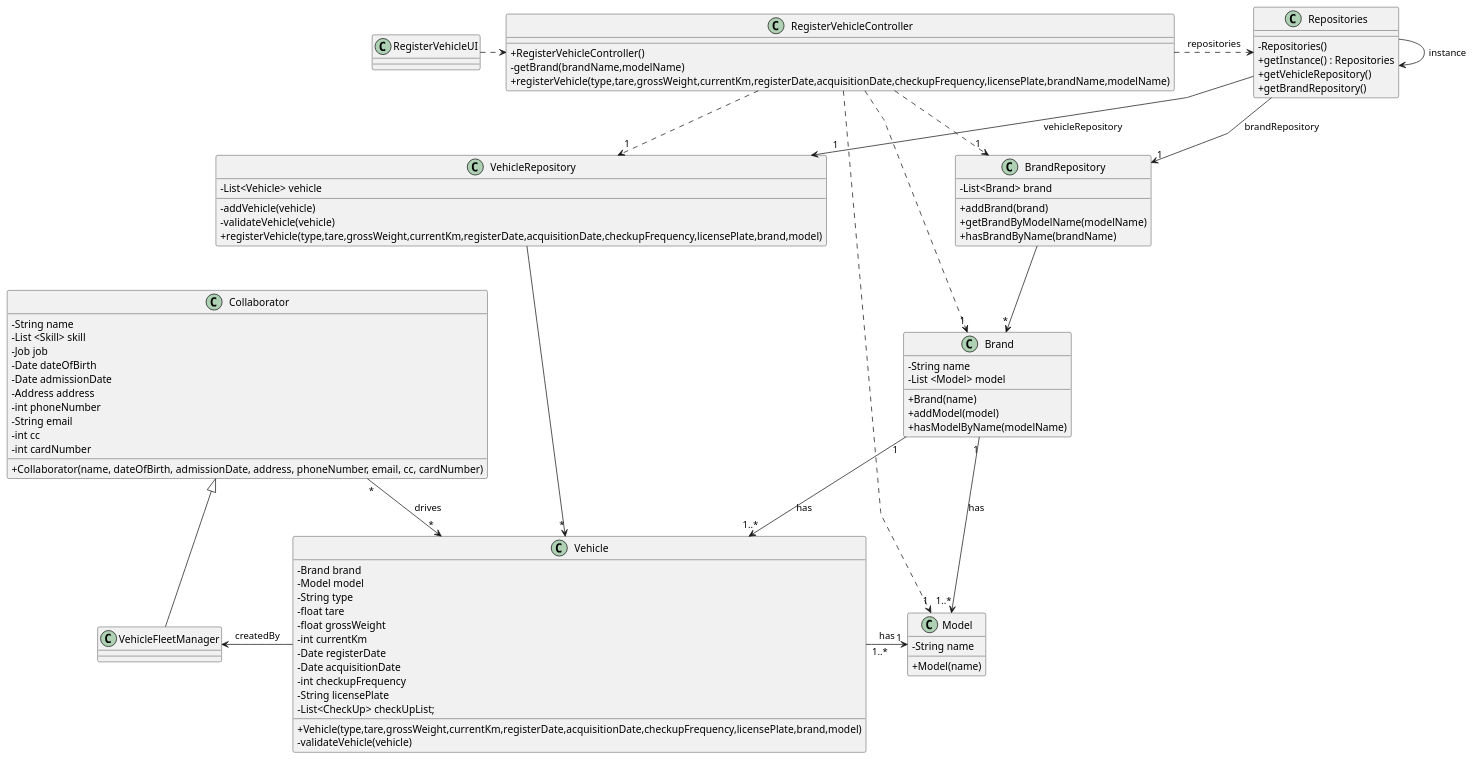
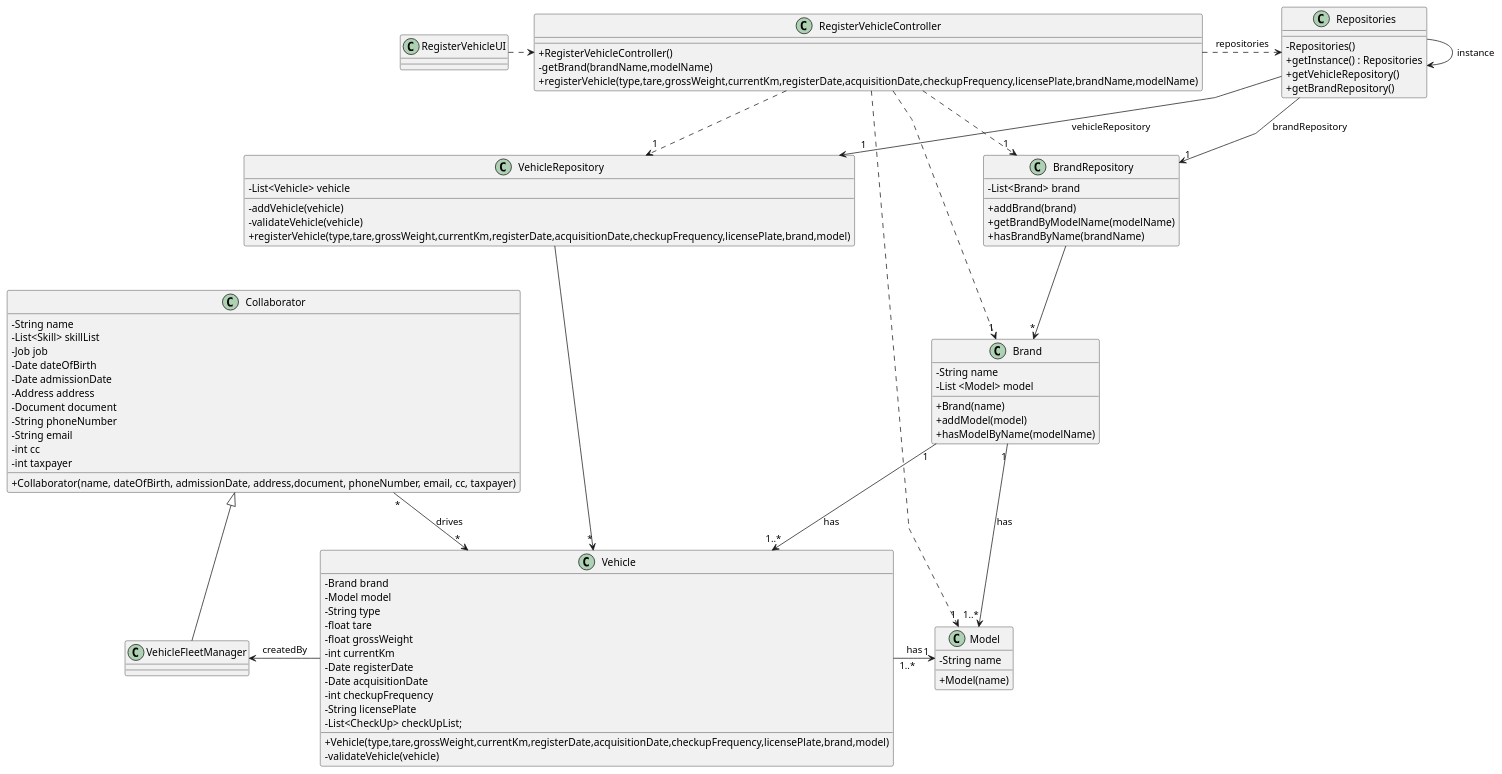
Before and after one commit to Departamento-de-Engenharia-Informatica/lei-24-s2-1db-g022: the diagram in docs/sprint2/us06/03.design/puml/us06-class-diagram.puml, drawn with PlantUML. The commit also changed 11 other files, not shown here.

Commit message:
correction class diagram of US01, US02 ,US05 and US06 svg image creation for the same US's

```diff
--- a/docs/sprint2/us06/03.design/puml/us06-class-diagram.puml
+++ b/docs/sprint2/us06/03.design/puml/us06-class-diagram.puml
@@ -1,122 +1,123 @@
 @startuml
 'skinparam monochrome true
 skinparam packageStyle rectangle
 skinparam shadowing false
 skinparam linetype polyline
 'skinparam linetype orto
 
 skinparam classAttributeIconSize 0
 
 'left to right direction
 
 class Brand {
     -String name
     -List <Model> model
 
     +Brand(name)
     +addModel(model)
     +hasModelByName(modelName)
 }
 
 class Model {
     -String name
 
     +Model(name)
 }
 
 class Vehicle {
     -Brand brand
     -Model model
     -String type
     -float tare
     -float grossWeight
     -int currentKm
     -Date registerDate
     -Date acquisitionDate
     -int checkupFrequency
     -String licensePlate
     -List<CheckUp> checkUpList;
 
     +Vehicle(type,tare,grossWeight,currentKm,registerDate,acquisitionDate,checkupFrequency,licensePlate,brand,model)
     -validateVehicle(vehicle)
 }
 
 class RegisterVehicleController {
 
     +RegisterVehicleController()
     -getBrand(brandName,modelName)
     +registerVehicle(type,tare,grossWeight,currentKm,registerDate,acquisitionDate,checkupFrequency,licensePlate,brandName,modelName)
 }
 
 class RegisterVehicleUI {
 }
 
 class Collaborator {
     -String name
-    -List <Skill> skill
+    -List<Skill> skillList
     -Job job
     -Date dateOfBirth
     -Date admissionDate
     -Address address
-    -int phoneNumber
+    -Document document
+    -String phoneNumber
     -String email
     -int cc
-    -int cardNumber
+    -int taxpayer
 
-    +Collaborator(name, dateOfBirth, admissionDate, address, phoneNumber, email, cc, cardNumber)
+    + Collaborator(name, dateOfBirth, admissionDate, address,document, phoneNumber, email, cc, taxpayer)
 }
 
 class VehicleFleetManager {
 }
 
 class Repositories {
 
     -Repositories()
     +getInstance() : Repositories
     +getVehicleRepository()
     +getBrandRepository()
 }
 
 class VehicleRepository {
     -List<Vehicle> vehicle
 
     -addVehicle(vehicle)
     -validateVehicle(vehicle)
     +registerVehicle(type,tare,grossWeight,currentKm,registerDate,acquisitionDate,checkupFrequency,licensePlate,brand,model)
 }
 
 class BrandRepository {
     -List<Brand> brand
 
     +addBrand(brand)
     +getBrandByModelName(modelName)
     +hasBrandByName(brandName)
 }
 
 RegisterVehicleController .> Repositories : repositories
 RegisterVehicleController .> "1" VehicleRepository
 RegisterVehicleController .> "1" BrandRepository
 RegisterVehicleController ..> "1" Brand
 RegisterVehicleController ..> "1" Model
 
 RegisterVehicleUI .> RegisterVehicleController
 
 Repositories -> Repositories : instance
 Repositories --> "1" VehicleRepository : vehicleRepository
 Repositories --> "1" BrandRepository : brandRepository
 
 VehicleRepository ---> "*" Vehicle
 
 BrandRepository --> "*" Brand
 
 Collaborator  <|--  VehicleFleetManager
 Collaborator "*" -> "*" Vehicle : drives
 
 VehicleFleetManager <-  Vehicle: createdBy
 
 Brand "1" --> "1..*" Model : has
 Brand "1" --> "1..*" Vehicle : has
 
 Vehicle "1..*" -> "1" Model : has
 
 @enduml
```
